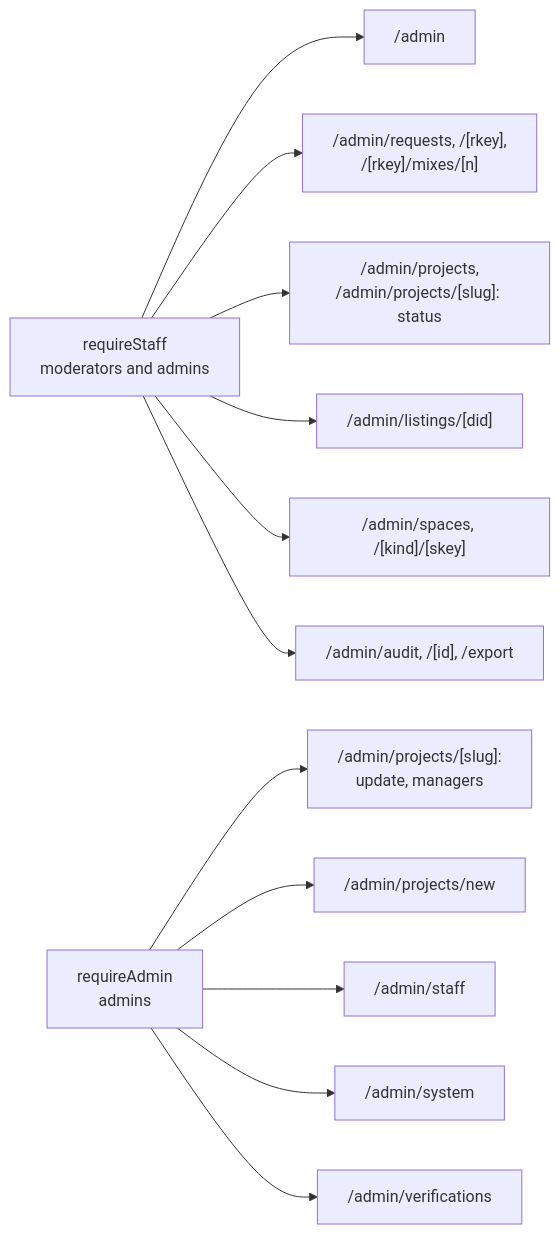
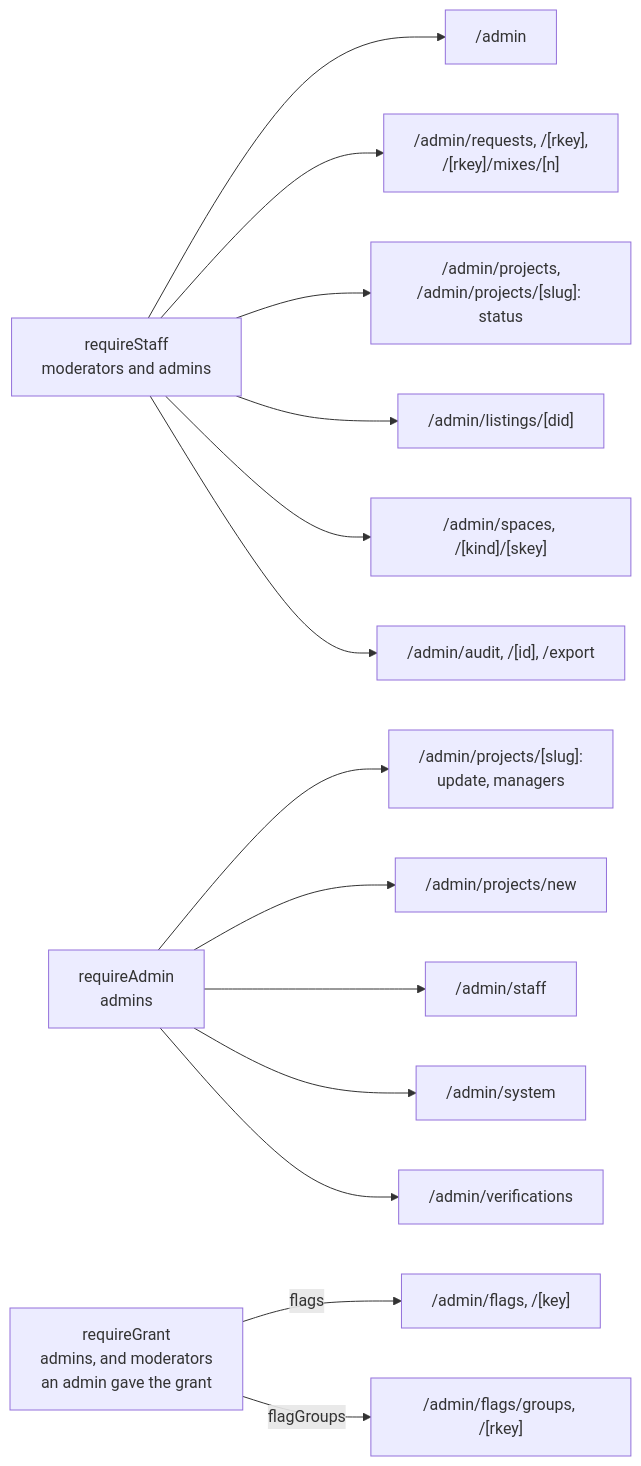
Before and after one commit to cutenode/localnetwork: the ninth of 11 diagrams in apps/web/docs/diagrams/requests-and-routes.md, drawn with Mermaid. The commit also changed other lines of this file and 8 other files, not shown here.

First line of the commit message:
docs(web): bring the diagrams in line with the code

````diff
--- a/apps/web/docs/diagrams/requests-and-routes.md
+++ b/apps/web/docs/diagrams/requests-and-routes.md
@@ -192,16 +196,19 @@
 ```mermaid
 flowchart LR
   Staff["requireStaff<br/>moderators and admins"]
   Staff --> Over["/admin"]
   Staff --> Requests["/admin/requests, /[rkey],<br/>/[rkey]/mixes/[n]"]
   Staff --> Projects["/admin/projects,<br/>/admin/projects/[slug]: status"]
   Staff --> Listings["/admin/listings/[did]"]
   Staff --> Spaces["/admin/spaces, /[kind]/[skey]"]
   Staff --> Audit["/admin/audit, /[id], /export"]
   Admin["requireAdmin<br/>admins"]
   Admin --> Edit["/admin/projects/[slug]:<br/>update, managers"]
   Admin --> New["/admin/projects/new"]
   Admin --> People["/admin/staff"]
   Admin --> System["/admin/system"]
   Admin --> Verify["/admin/verifications"]
+  Grant["requireGrant<br/>admins, and moderators<br/>an admin gave the grant"]
+  Grant -- "flags" --> Flags["/admin/flags, /[key]"]
+  Grant -- "flagGroups" --> Groups["/admin/flags/groups, /[rkey]"]
 ```
````
